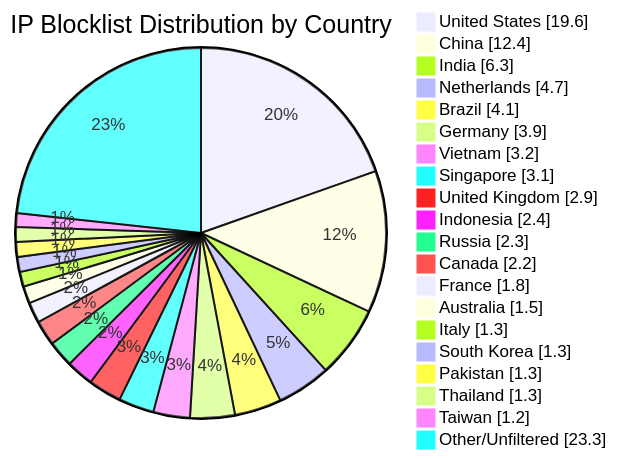
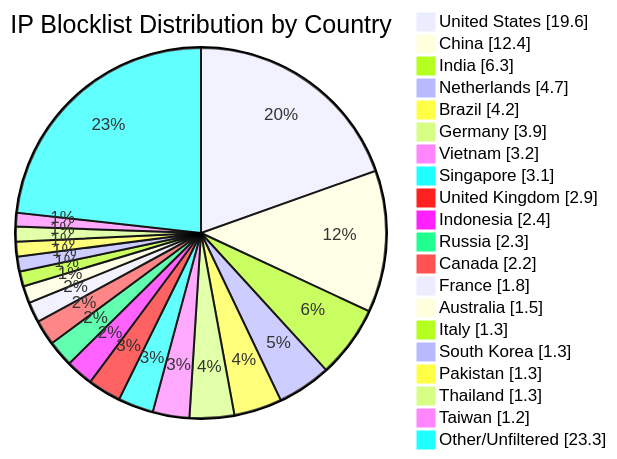
Before and after one commit to dewdmadbro/ip-blocklist-dewd: the diagram in README.md, drawn with Mermaid. The commit also changed other lines of this file and 50 other files, not shown here.

````diff
--- a/README.md
+++ b/README.md
@@ -34,23 +34,23 @@
 ```mermaid
 pie showData title IP Blocklist Distribution by Country
 "United States" : 19.6
 "China" : 12.4
 "India" : 6.3
 "Netherlands" : 4.7
-"Brazil" : 4.1
+"Brazil" : 4.2
 "Germany" : 3.9
 "Vietnam" : 3.2
 "Singapore" : 3.1
 "United Kingdom" : 2.9
 "Indonesia" : 2.4
 "Russia" : 2.3
 "Canada" : 2.2
 "France" : 1.8
 "Australia" : 1.5
 "Italy" : 1.3
 "South Korea" : 1.3
 "Pakistan" : 1.3
 "Thailand" : 1.3
 "Taiwan" : 1.2
 "Other/Unfiltered" : 23.3
 ```
````
